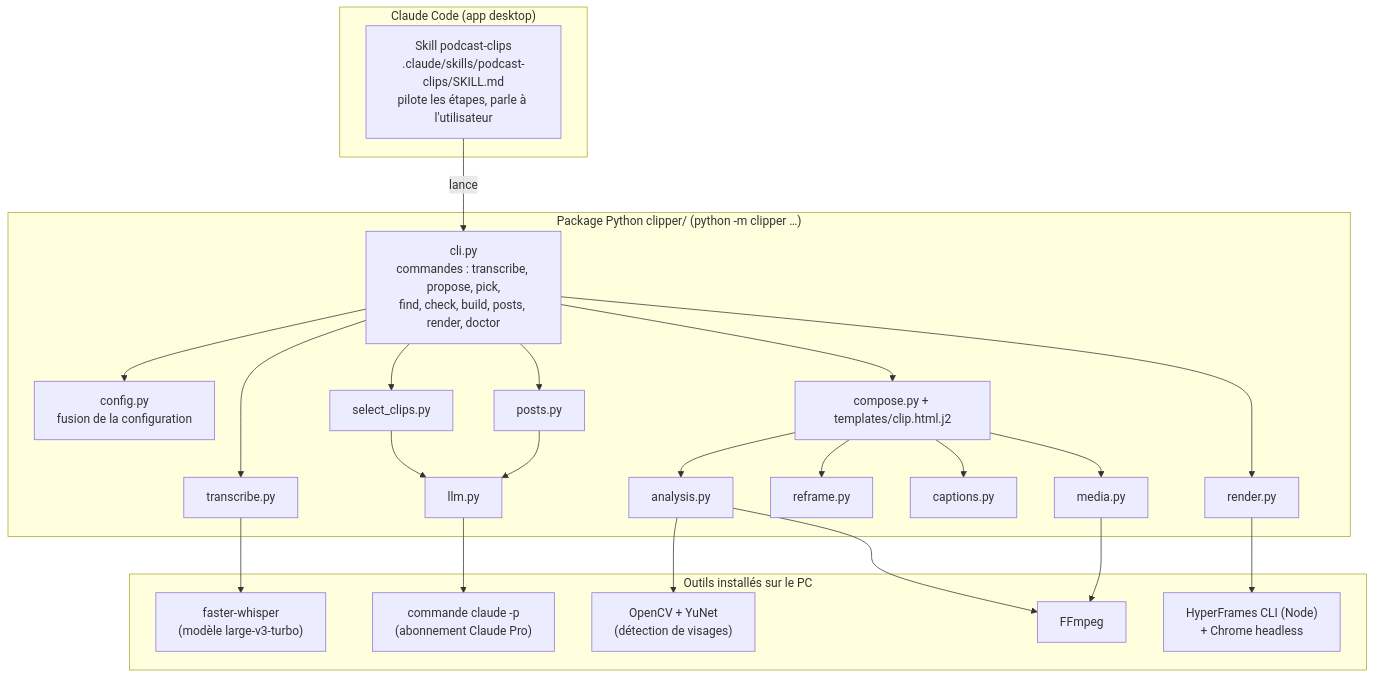
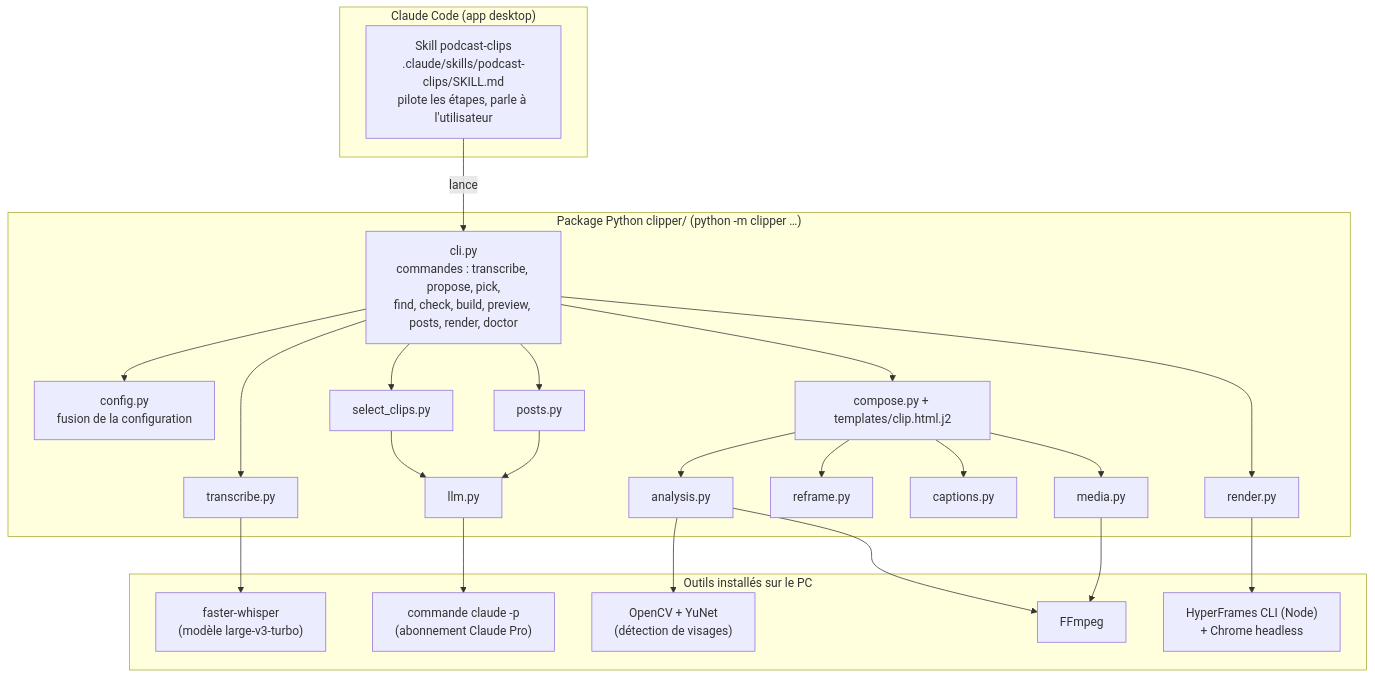
The first of 3 diagrams in docs/ARCHITECTURE.md (arthurw31/podcast-clipper), drawn with Mermaid before and after one commit. The commit also changed other lines of this file and 5 other files, not shown here.

````diff
--- a/docs/ARCHITECTURE.md
+++ b/docs/ARCHITECTURE.md
@@ -8,42 +8,42 @@
 ```mermaid
 flowchart TB
     subgraph CC["Claude Code (app desktop)"]
         SK["Skill podcast-clips<br/>.claude/skills/podcast-clips/SKILL.md<br/>pilote les étapes, parle à l'utilisateur"]
     end
 
     subgraph PY["Package Python clipper/ (python -m clipper …)"]
-        CLI["cli.py<br/>commandes : transcribe, propose, pick,<br/>find, check, build, posts, render, doctor"]
+        CLI["cli.py<br/>commandes : transcribe, propose, pick,<br/>find, check, build, preview, posts, render, doctor"]
         CFG["config.py<br/>fusion de la configuration"]
         TR["transcribe.py"]
         SEL["select_clips.py"]
         LLM["llm.py"]
         AN["analysis.py"]
         RF["reframe.py"]
         CAP["captions.py"]
         CO["compose.py + templates/clip.html.j2"]
         MED["media.py"]
         REN["render.py"]
         PO["posts.py"]
     end
 
     subgraph EXT["Outils installés sur le PC"]
         WH["faster-whisper<br/>(modèle large-v3-turbo)"]
         CL["commande claude -p<br/>(abonnement Claude Pro)"]
         CV["OpenCV + YuNet<br/>(détection de visages)"]
         FF["FFmpeg"]
         HF["HyperFrames CLI (Node)<br/>+ Chrome headless"]
     end
 
     SK -->|lance| CLI
     CLI --> CFG
     CLI --> TR & SEL & CO & REN & PO
     TR --> WH
     SEL --> LLM
     PO --> LLM
     LLM --> CL
     CO --> AN & RF & CAP & MED
     AN --> CV
     AN --> FF
     MED --> FF
     REN --> HF
 ```
````
